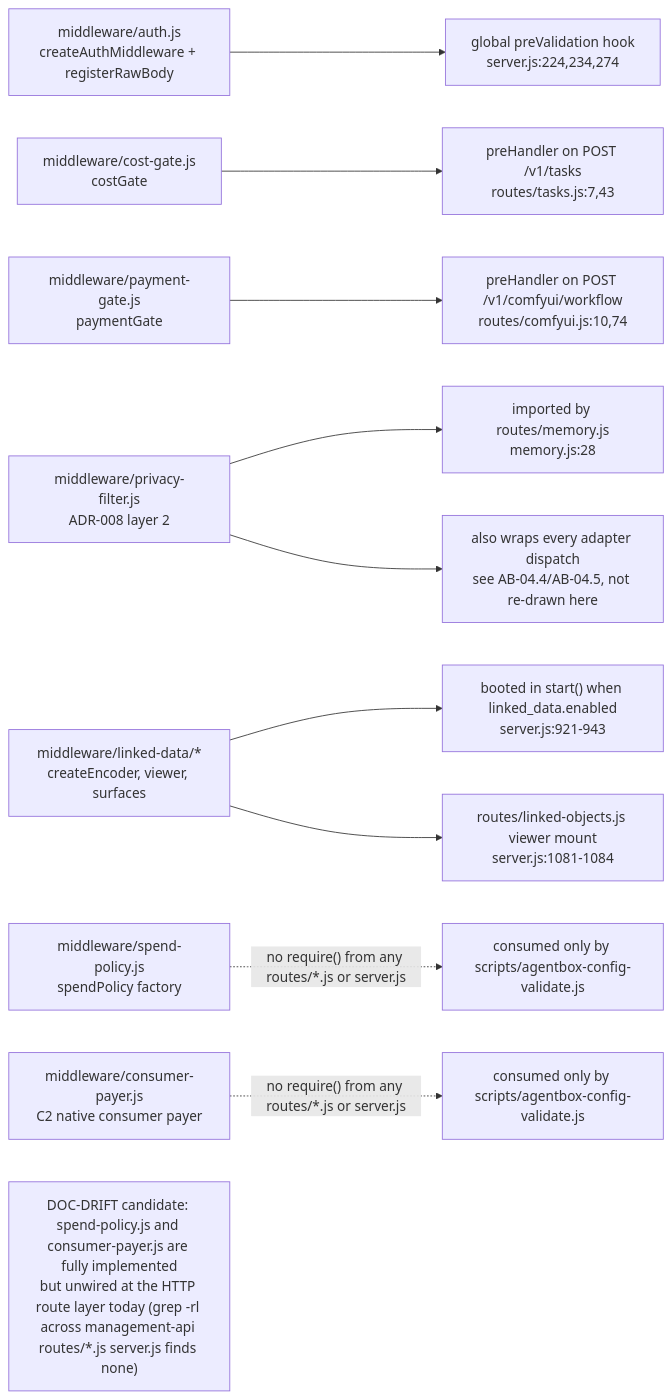
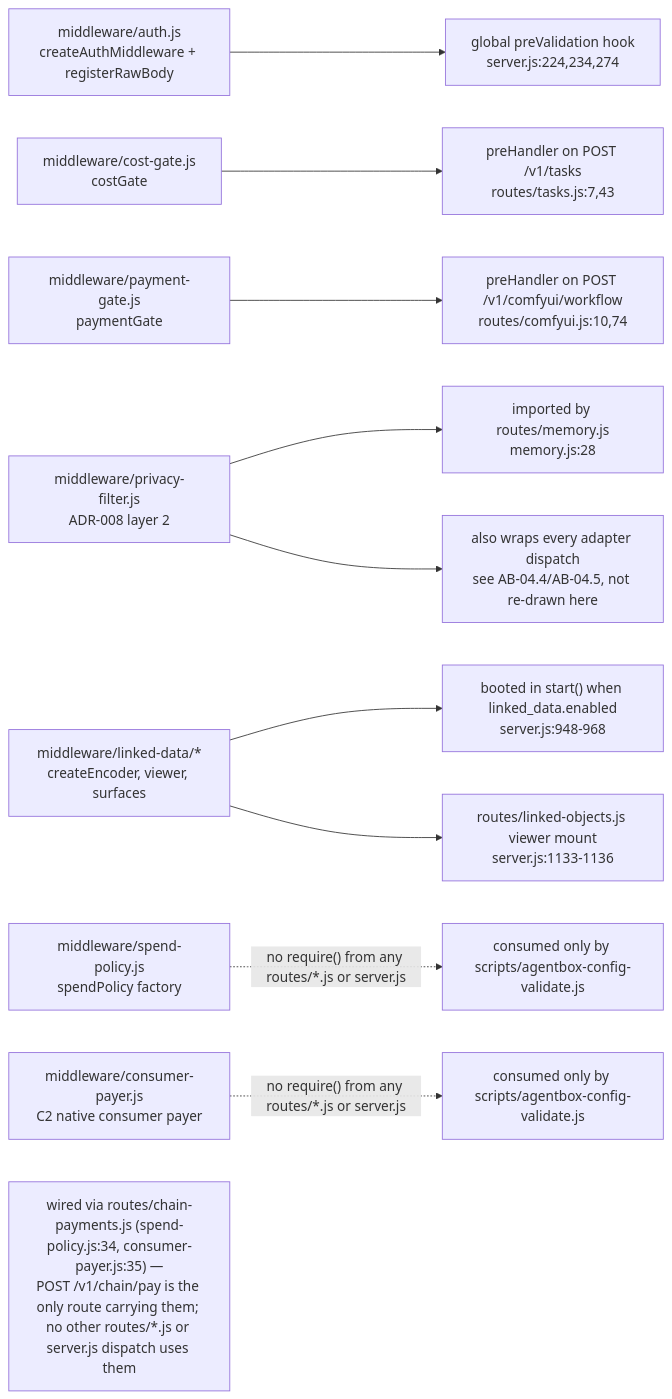
One commit to DreamLab-AI/VisionFlow changed diagram 16 of 17 in docs/diagrams/agentbox/03-management-api-request-lifecycle.md. Above: the diagram before and after it, drawn with Mermaid. The commit also changed other lines of this file and 111 other files, not shown here.

Commit message:
docs(diagrams): align estate maps with current source

````diff
--- a/docs/diagrams/agentbox/03-management-api-request-lifecycle.md
+++ b/docs/diagrams/agentbox/03-management-api-request-lifecycle.md
@@ -614,13 +614,13 @@
 ```mermaid
 flowchart LR
     A["middleware/auth.js<br/>createAuthMiddleware + registerRawBody"] --> A1["global preValidation hook<br/>server.js:224,234,274"]
     B["middleware/cost-gate.js<br/>costGate"] --> B1["preHandler on POST /v1/tasks<br/>routes/tasks.js:7,43"]
     C["middleware/payment-gate.js<br/>paymentGate"] --> C1["preHandler on POST /v1/comfyui/workflow<br/>routes/comfyui.js:10,74"]
     D["middleware/privacy-filter.js<br/>ADR-008 layer 2"] --> D1["imported by routes/memory.js<br/>memory.js:28"]
     D --> D2["also wraps every adapter dispatch<br/>see AB-04.4/AB-04.5, not re-drawn here"]
-    E["middleware/linked-data/*<br/>createEncoder, viewer, surfaces"] --> E1["booted in start() when linked_data.enabled<br/>server.js:921-943"]
-    E --> E2["routes/linked-objects.js viewer mount<br/>server.js:1081-1084"]
+    E["middleware/linked-data/*<br/>createEncoder, viewer, surfaces"] --> E1["booted in start() when linked_data.enabled<br/>server.js:948-968"]
+    E --> E2["routes/linked-objects.js viewer mount<br/>server.js:1133-1136"]
     F["middleware/spend-policy.js<br/>spendPolicy factory"] -.->|"no require() from any routes/*.js or server.js"| F1["consumed only by scripts/agentbox-config-validate.js"]
     G["middleware/consumer-payer.js<br/>C2 native consumer payer"] -.->|"no require() from any routes/*.js or server.js"| G1["consumed only by scripts/agentbox-config-validate.js"]
-    Note1["DOC-DRIFT candidate: spend-policy.js and consumer-payer.js are fully implemented<br/>but unwired at the HTTP route layer today (grep -rl across management-api routes/*.js server.js finds none)"]
+    Note1["wired via routes/chain-payments.js (spend-policy.js:34, consumer-payer.js:35) —<br/>POST /v1/chain/pay is the only route carrying them; no other routes/*.js or server.js dispatch uses them"]
 ```
````
